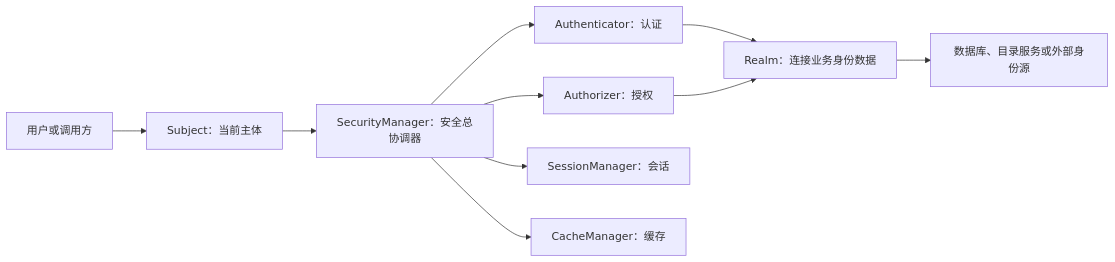
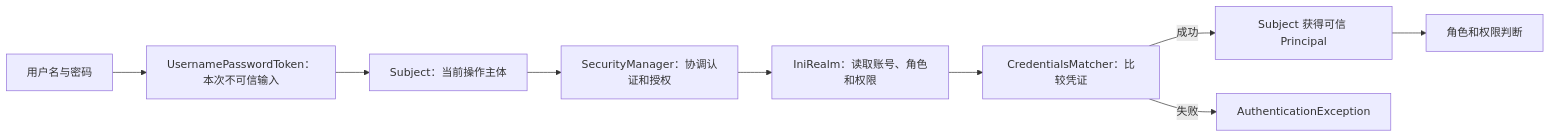
One commit to pvisanhash/toStudyCode changed the first of 19 diagrams in Note/Shiro笔记/Shiro学习.md. Above: the diagram before and after it, drawn with Mermaid. The commit also changed other lines of this file and 2 other files, not shown here.

````diff
--- a/Note/Shiro笔记/Shiro学习.md
+++ b/Note/Shiro笔记/Shiro学习.md
@@ -41,12 +205,11 @@
 ```mermaid
 flowchart LR
-    U["用户或调用方"] --> S["Subject：当前主体"]
-    S --> SM["SecurityManager：安全总协调器"]
-    SM --> AU["Authenticator：认证"]
-    SM --> AZ["Authorizer：授权"]
-    SM --> SE["SessionManager：会话"]
-    SM --> CA["CacheManager：缓存"]
-    AU --> R["Realm：连接业务身份数据"]
-    AZ --> R
-    R --> DB["数据库、目录服务或外部身份源"]
+    U["用户名与密码"] --> T["UsernamePasswordToken：本次不可信输入"]
+    T --> S["Subject：当前操作主体"]
+    S --> SM["SecurityManager：协调认证和授权"]
+    SM --> R["IniRealm：读取账号、角色和权限"]
+    R --> M["CredentialsMatcher：比较凭证"]
+    M -->|成功| P["Subject 获得可信 Principal"]
+    P --> A["角色和权限判断"]
+    M -->|失败| E["AuthenticationException"]
 ```
````
